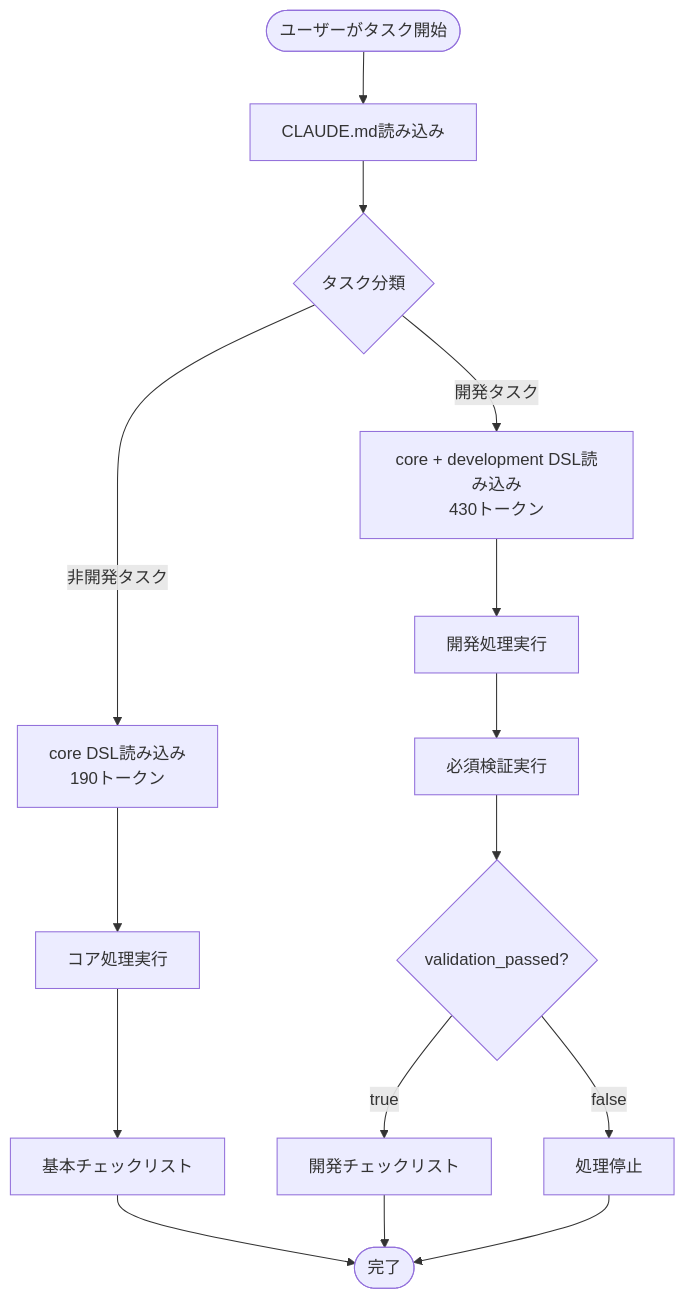
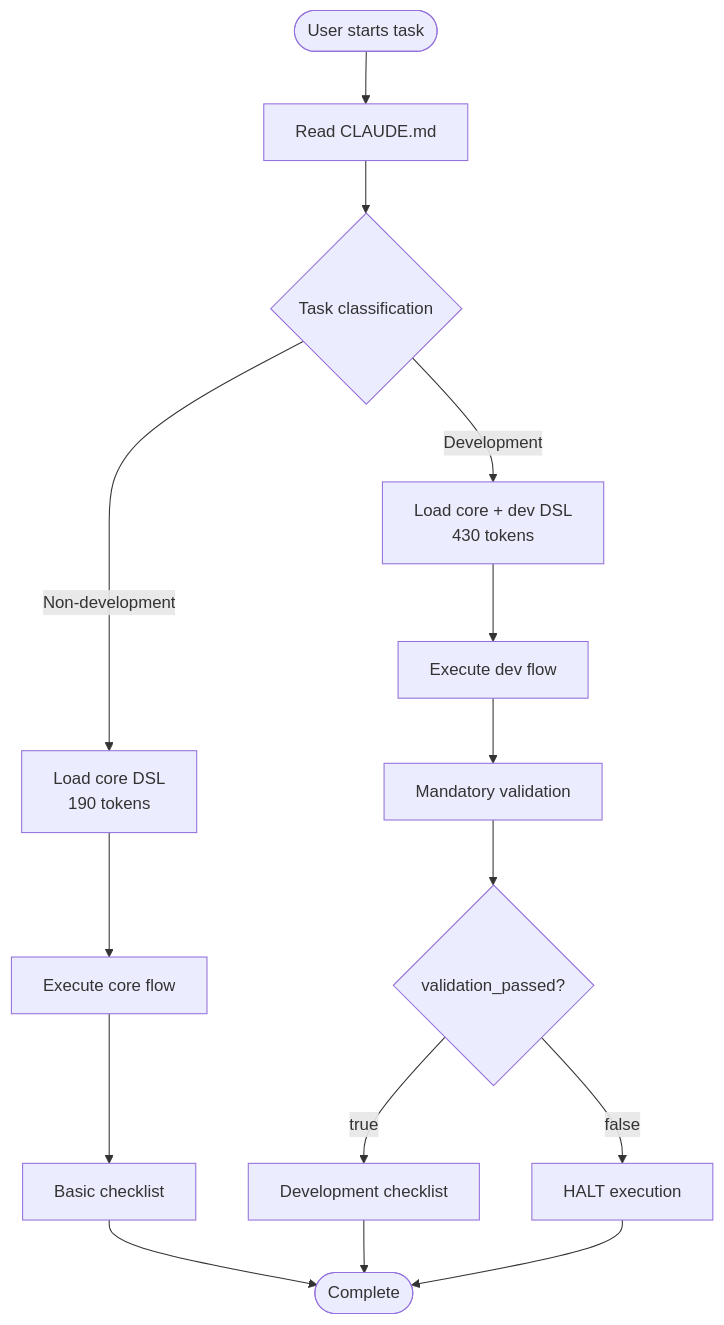
The first of 6 diagrams in dsl/FLOW.md (reivosar/claude-code-engineering-guide), drawn with Mermaid before and after one commit. The commit also changed other lines of this file and 1 other file, not shown here.

First line of the commit message:
UPDATE: Convert FLOW.md to English and add link from README

````diff
--- a/dsl/FLOW.md
+++ b/dsl/FLOW.md
@@ -5,22 +5,22 @@
 ```mermaid
 graph TB
-    Start([ユーザーがタスク開始]) --> ReadClaude[CLAUDE.md読み込み]
-    ReadClaude --> ClassifyTask{タスク分類}
+    Start([User starts task]) --> ReadClaude[Read CLAUDE.md]
+    ReadClaude --> ClassifyTask{Task classification}
     
-    ClassifyTask -->|非開発タスク| LoadCore[core DSL読み込み<br/>190トークン]
-    ClassifyTask -->|開発タスク| LoadDev[core + development DSL読み込み<br/>430トークン]
+    ClassifyTask -->|Non-development| LoadCore[Load core DSL<br/>190 tokens]
+    ClassifyTask -->|Development| LoadDev[Load core + dev DSL<br/>430 tokens]
     
-    LoadCore --> CoreFlow[コア処理実行]
-    LoadDev --> DevFlow[開発処理実行]
+    LoadCore --> CoreFlow[Execute core flow]
+    LoadDev --> DevFlow[Execute dev flow]
     
-    CoreFlow --> BasicCheck[基本チェックリスト]
-    DevFlow --> Validate[必須検証実行]
+    CoreFlow --> BasicCheck[Basic checklist]
+    DevFlow --> Validate[Mandatory validation]
     
     Validate --> ValidationCheck{validation_passed?}
-    ValidationCheck -->|false| Halt[処理停止]
-    ValidationCheck -->|true| DevCheck[開発チェックリスト]
+    ValidationCheck -->|false| Halt[HALT execution]
+    ValidationCheck -->|true| DevCheck[Development checklist]
     
-    BasicCheck --> End([完了])
+    BasicCheck --> End([Complete])
     DevCheck --> End
     Halt --> End
 ```
````
